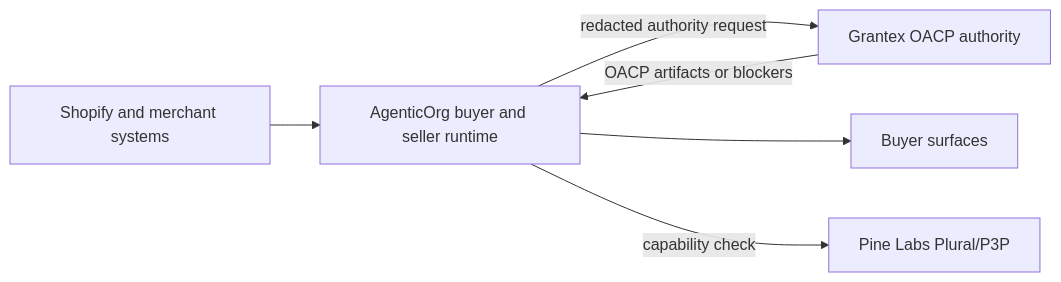
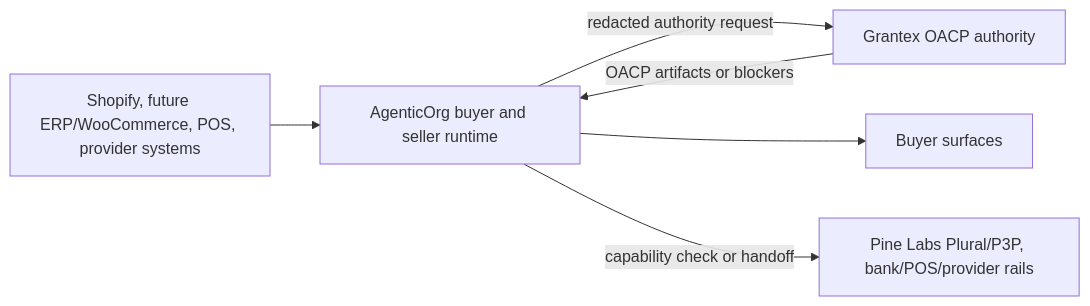
Before and after one commit to mishrasanjeev/grantex: the diagram in README.md, drawn with Mermaid. The commit also changed other lines of this file and 14 other files, not shown here.

````diff
--- a/README.md
+++ b/README.md
@@ -42,8 +42,8 @@
 ```mermaid
 flowchart LR
-  merchant[Shopify and merchant systems] --> agentic[AgenticOrg buyer and seller runtime]
+  merchant[Shopify, future ERP/WooCommerce, POS, provider systems] --> agentic[AgenticOrg buyer and seller runtime]
   agentic -->|redacted authority request| grantex[Grantex OACP authority]
   grantex -->|OACP artifacts or blockers| agentic
   agentic --> buyer[Buyer surfaces]
-  agentic -->|capability check| provider[Pine Labs Plural/P3P]
+  agentic -->|capability check or handoff| provider[Pine Labs Plural/P3P, bank/POS/provider rails]
 ```
````
